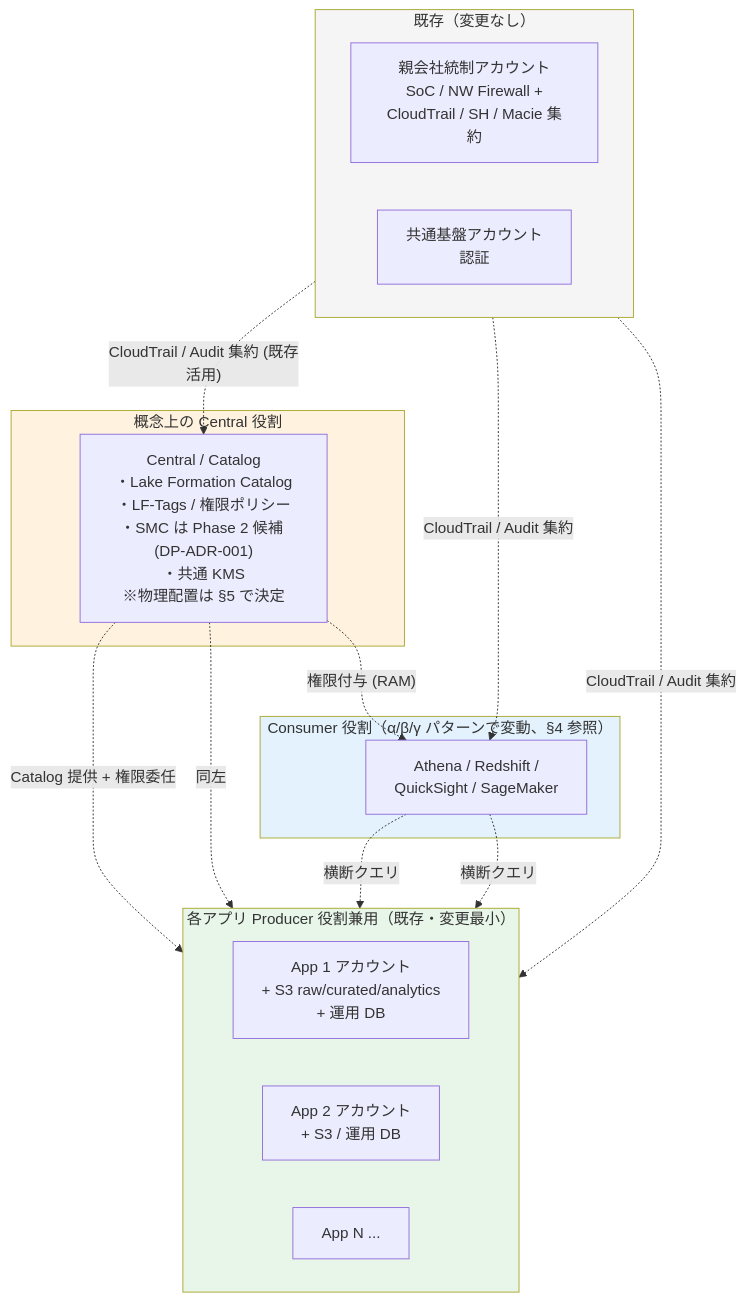
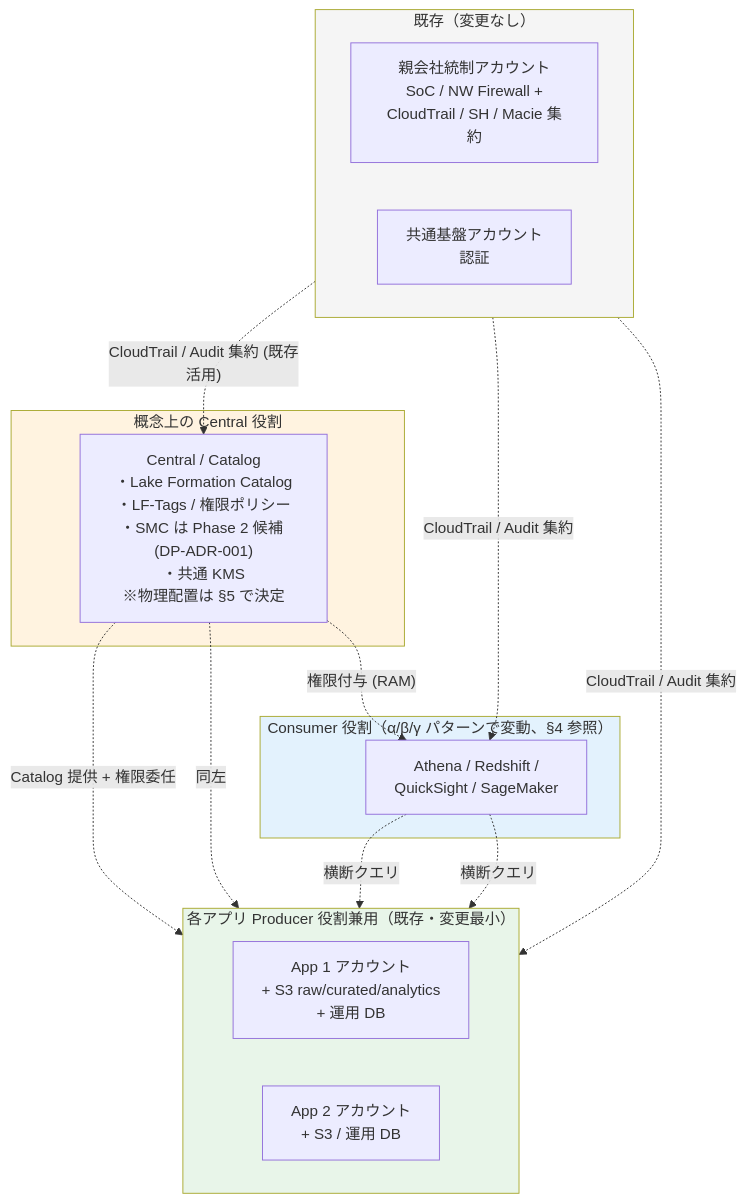
One commit to suepie/aws-atuh-poc changed the first of 20 diagrams in doc/data-platform/account-architecture-analysis.md. Above: the diagram before and after it, drawn with Mermaid. The commit also changed other lines of this file and 4 other files, not shown here.

````diff
--- a/doc/data-platform/account-architecture-analysis.md
+++ b/doc/data-platform/account-architecture-analysis.md
@@ -72,37 +72,36 @@
 ```mermaid
 flowchart TB
     subgraph Existing["既存（変更なし）"]
         direction LR
         Parent["親会社統制アカウント<br/>SoC / NW Firewall +<br/>CloudTrail / SH / Macie 集約"]
         Auth["共通基盤アカウント<br/>認証"]
     end
 
     subgraph New["概念上の Central 役割"]
         DG["Central / Catalog<br/>・Lake Formation Catalog<br/>・LF-Tags / 権限ポリシー<br/>・SMC は Phase 2 候補 (DP-ADR-001)<br/>・共通 KMS<br/>※物理配置は §5 で決定"]
     end
 
     subgraph Producers["各アプリ Producer 役割兼用（既存・変更最小）"]
         direction LR
         App1["App 1 アカウント<br/>+ S3 raw/curated/analytics<br/>+ 運用 DB"]
         App2["App 2 アカウント<br/>+ S3 / 運用 DB"]
-        AppN["App N ..."]
     end
 
     subgraph Consumer["Consumer 役割（α/β/γ パターンで変動、§4 参照）"]
         Cons["Athena / Redshift /<br/>QuickSight / SageMaker"]
     end
 
     DG -.Catalog 提供 + 権限委任.-> App1
     DG -.同左.-> App2
     DG -.権限付与 (RAM).-> Cons
     Cons -.横断クエリ.-> App1
     Cons -.横断クエリ.-> App2
     Parent -.CloudTrail / Audit 集約 (既存活用).-> DG
     Parent -.CloudTrail / Audit 集約.-> App1
     Parent -.CloudTrail / Audit 集約.-> Cons
 
     style Existing fill:#f5f5f5
     style New fill:#fff3e0
     style Producers fill:#e8f5e9
     style Consumer fill:#e3f2fd
 ```
````
